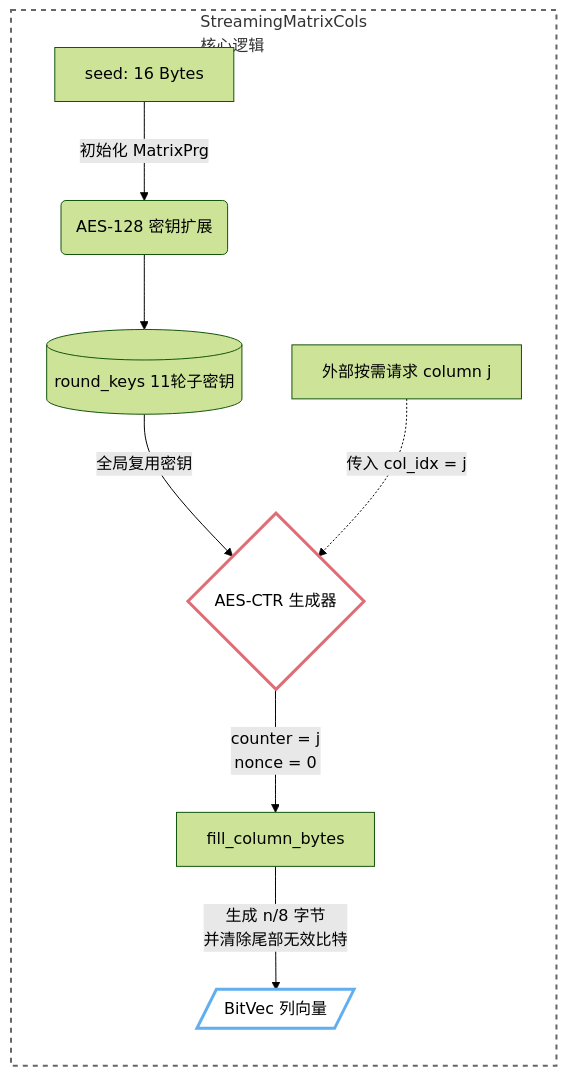
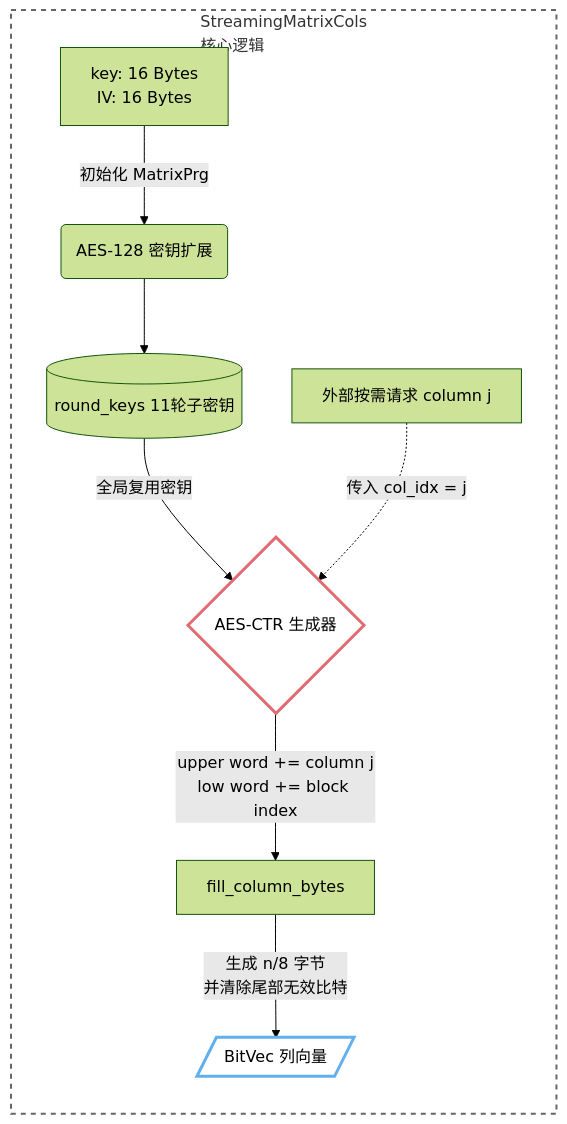
One commit to coperlm/CodeBasedZKPwithVOLEitH_README changed the diagram in src/1_底层数学与矩阵运算.md. Above: the diagram before and after it, drawn with Mermaid (forest theme). The commit also changed other lines of this file and 5 other files, not shown here.

````diff
--- a/src/1_底层数学与矩阵运算.md
+++ b/src/1_底层数学与矩阵运算.md
@@ -71,15 +72,15 @@
 ```mermaid
 graph TD
     subgraph SMC [StreamingMatrixCols<br>核心逻辑]
         direction TB
-        A[seed: 16 Bytes] -->|初始化 MatrixPrg| B(AES-128 密钥扩展)
+        A[key: 16 Bytes<br>IV: 16 Bytes] -->|初始化 MatrixPrg| B(AES-128 密钥扩展)
         B --> C[(round_keys 11轮子密钥)]
         C -->|全局复用密钥| E{AES-CTR 生成器}
         Req[外部按需请求 column j] -.->|传入 col_idx = j| E
-        E --> |"counter = j<br>nonce = 0"| F[fill_column_bytes]
+        E --> |"upper word += column j<br>low word += block index"| F[fill_column_bytes]
         F -->|生成 n/8 字节<br>并清除尾部无效比特| G[/BitVec 列向量/]
     end
     style SMC fill:none,stroke:#666,stroke-width:2px,stroke-dasharray:5,5
     style E fill:none,stroke:#e06c75,stroke-width:3px
     style G fill:none,stroke:#61afef,stroke-width:3px
 ```
````
